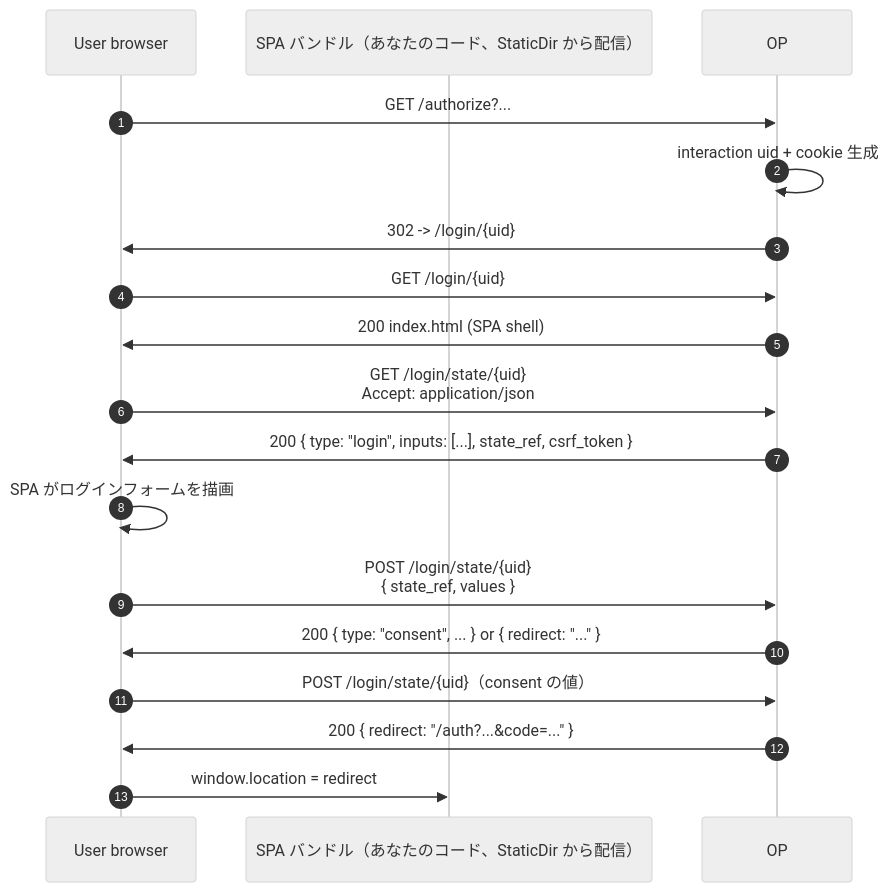
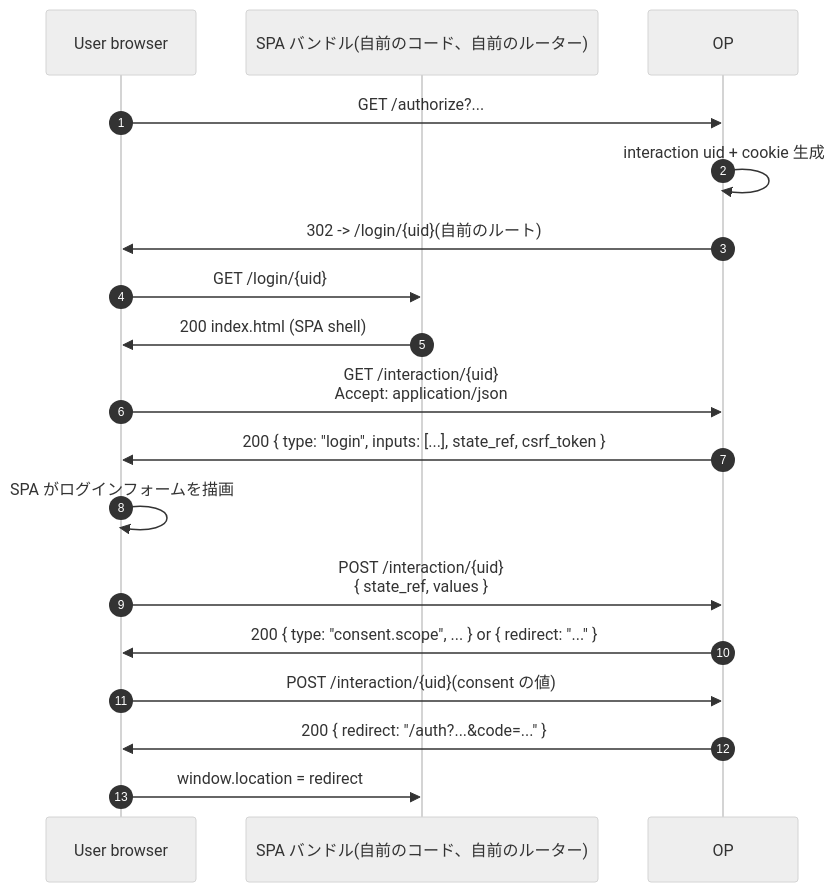
One commit to libraz/go-oidc-provider-homepage changed the diagram in src/ja/use-cases/spa-custom-interaction.md. Above: the diagram before and after it, drawn with Mermaid (neutral theme). The commit also changed other lines of this file and 130 other files, not shown here.

````diff
--- a/src/ja/use-cases/spa-custom-interaction.md
+++ b/src/ja/use-cases/spa-custom-interaction.md
@@ -46,21 +50,21 @@
 ```mermaid
 sequenceDiagram
     autonumber
     participant U as User browser
-    participant SPA as SPA バンドル（あなたのコード、StaticDir から配信）
+    participant SPA as SPA バンドル(自前のコード、自前のルーター)
     participant OP as OP
 
     U->>OP: GET /authorize?...
     OP->>OP: interaction uid + cookie 生成
-    OP->>U: 302 -> /login/{uid}
-    U->>OP: GET /login/{uid}
-    OP->>U: 200 index.html (SPA shell)
-    U->>OP: GET /login/state/{uid}<br/>Accept: application/json
+    OP->>U: 302 -> /login/{uid}(自前のルート)
+    U->>SPA: GET /login/{uid}
+    SPA->>U: 200 index.html (SPA shell)
+    U->>OP: GET /interaction/{uid}<br/>Accept: application/json
     OP->>U: 200 { type: "login", inputs: [...], state_ref, csrf_token }
     U->>U: SPA がログインフォームを描画
-    U->>OP: POST /login/state/{uid}<br/>{ state_ref, values }
-    OP->>U: 200 { type: "consent", ... } or { redirect: "..." }
-    U->>OP: POST /login/state/{uid}（consent の値）
+    U->>OP: POST /interaction/{uid}<br/>{ state_ref, values }
+    OP->>U: 200 { type: "consent.scope", ... } or { redirect: "..." }
+    U->>OP: POST /interaction/{uid}(consent の値)
     OP->>U: 200 { redirect: "/auth?...&code=..." }
     U->>SPA: window.location = redirect
 ```
````
